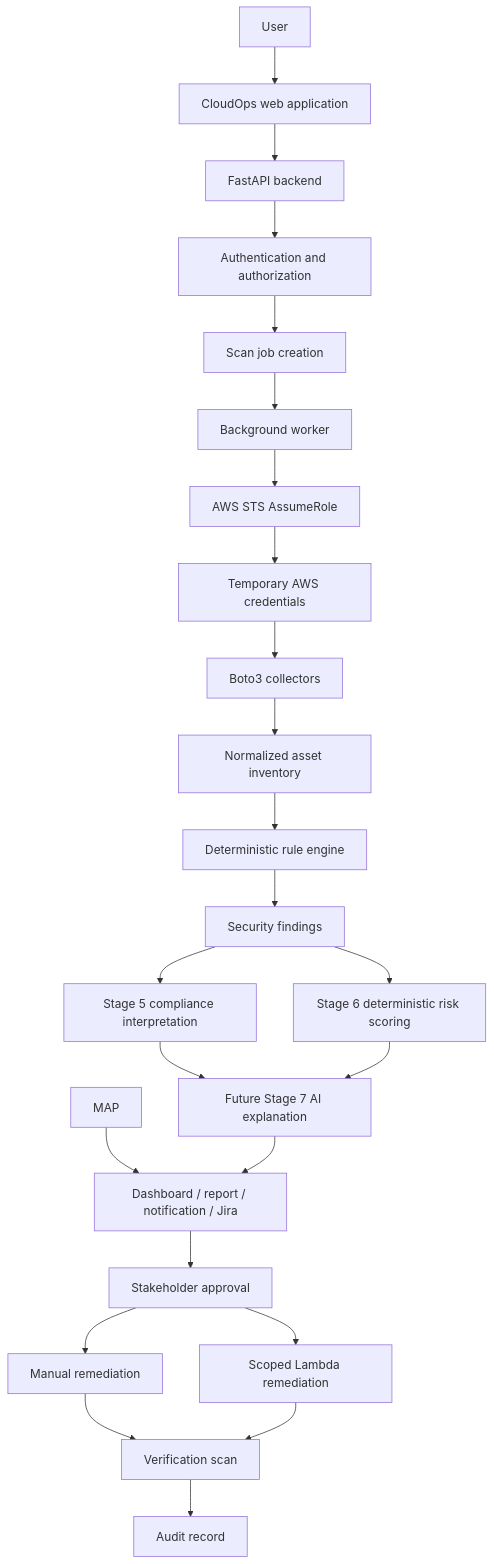
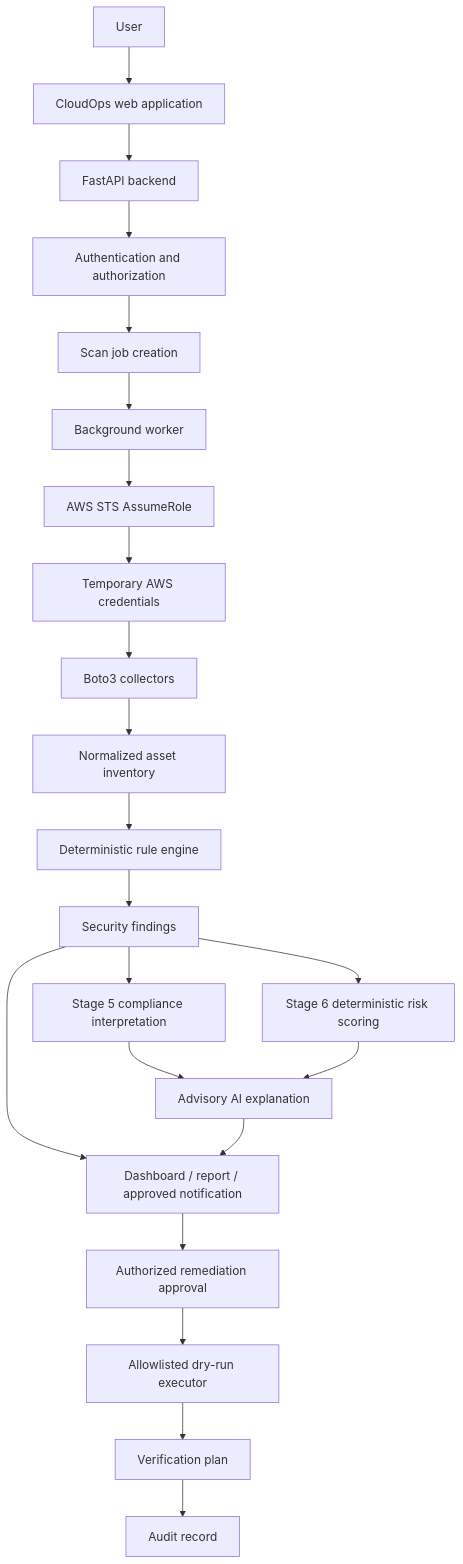
One commit to cloudops-project/CloudOps changed the diagram in docs/architecture/data-flow.md. Above: the diagram before and after it, drawn with Mermaid. The commit also changed other lines of this file and 8 other files, not shown here.

Commit message:
docs(architecture): reconcile current platform design

````diff
--- a/docs/architecture/data-flow.md
+++ b/docs/architecture/data-flow.md
@@ -7,26 +7,24 @@
 ```mermaid
 flowchart TD
   U[User] --> WEB[CloudOps web application]
   WEB --> API[FastAPI backend]
   API --> AUTH[Authentication and authorization]
   AUTH --> JOB[Scan job creation]
   JOB --> WORKER[Background worker]
   WORKER --> STS[AWS STS AssumeRole]
   STS --> TEMP[Temporary AWS credentials]
   TEMP --> COL[Boto3 collectors]
   COL --> INV[Normalized asset inventory]
   INV --> RULES[Deterministic rule engine]
   RULES --> FIND[Security findings]
   FIND --> COMP[Stage 5 compliance interpretation]
   FIND --> RISK[Stage 6 deterministic risk scoring]
-  COMP --> AIX[Future Stage 7 AI explanation]
+  COMP --> AIX[Advisory AI explanation]
   RISK --> AIX
-  MAP --> OUT[Dashboard / report / notification / Jira]
+  FIND --> OUT[Dashboard / report / approved notification]
   AIX --> OUT
-  OUT --> APPROVE[Stakeholder approval]
-  APPROVE --> MAN[Manual remediation]
-  APPROVE --> LAM[Scoped Lambda remediation]
-  MAN --> VERIFY[Verification scan]
-  LAM --> VERIFY
+  OUT --> APPROVE[Authorized remediation approval]
+  APPROVE --> DRY[Allowlisted dry-run executor]
+  DRY --> VERIFY[Verification plan]
   VERIFY --> AUDIT[Audit record]
 ```
````
